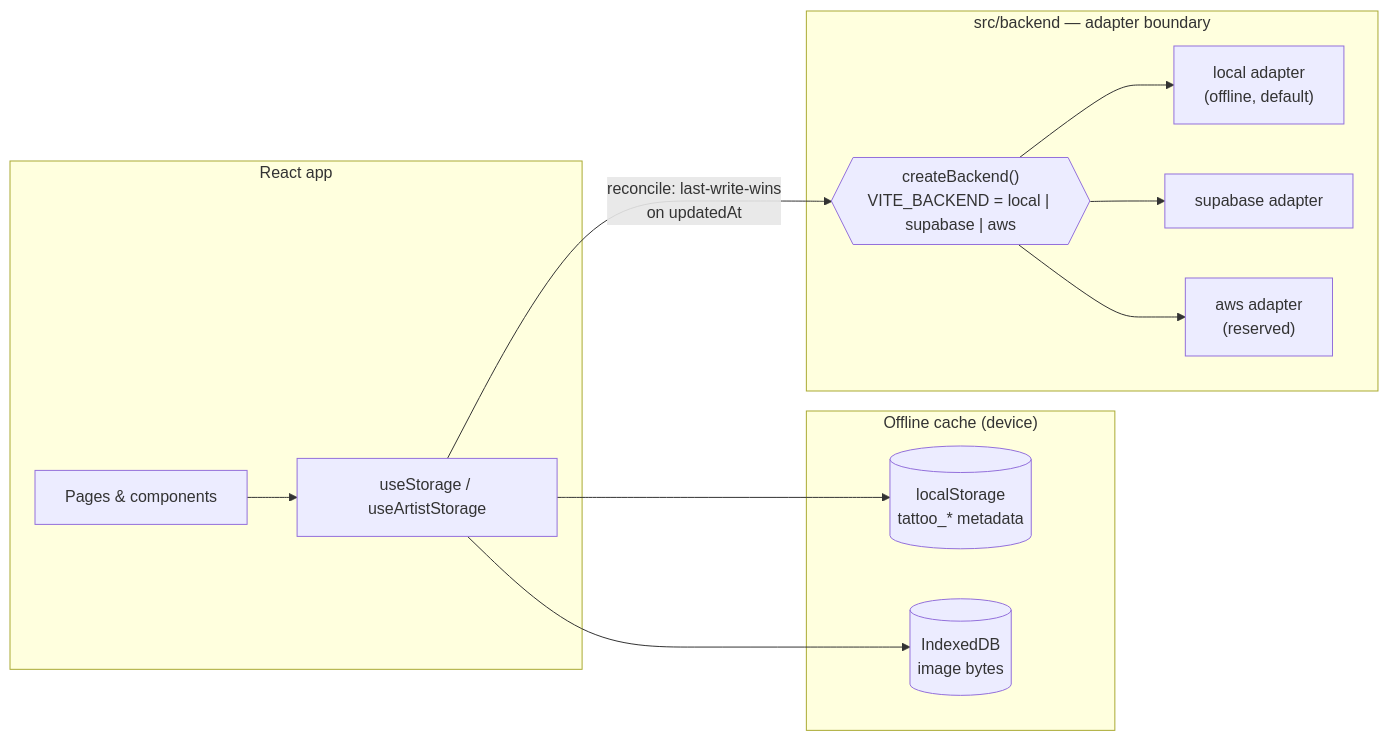
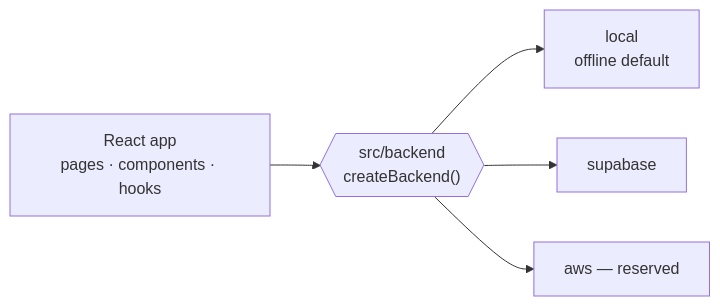
The diagram in README.md (Pritesh1980/sable), drawn with Mermaid before and after one commit. The commit also changed other lines of this file and 2 other files, not shown here.

First paragraph of the commit message:
docs: add docs/ARCHITECTURE.md and guard the README's own numbers
The README's architecture section was the only public account of how Sable works
and it was carrying detail no reviewer needs up front, while CLAUDE.md held the
depth in an agent-facing file nobody browsing the repo would open.

````diff
--- a/README.md
+++ b/README.md
@@ -57,24 +61,12 @@
 ```mermaid
 flowchart LR
-    subgraph app["React app"]
-        UI["Pages & components"]
-        HOOKS["useStorage / useArtistStorage"]
-    end
-    subgraph cache["Offline cache (device)"]
-        LS[("localStorage<br/>tattoo_* metadata")]
-        IDB[("IndexedDB<br/>image bytes")]
-    end
-    subgraph backend["src/backend — adapter boundary"]
-        SEAM{{"createBackend()<br/>VITE_BACKEND = local | supabase | aws"}}
-        LOCAL["local adapter<br/>(offline, default)"]
-        SUPA["supabase adapter"]
-        AWS["aws adapter<br/>(reserved)"]
-    end
-    UI --> HOOKS
-    HOOKS --> LS
-    HOOKS --> IDB
-    HOOKS -- "reconcile: last-write-wins<br/>on updatedAt" --> SEAM
+    APP["React app<br/>pages · components · hooks"]
+    SEAM{{"src/backend<br/>createBackend()"}}
+    LOCAL["local<br/>offline default"]
+    SUPA["supabase"]
+    AWS["aws — reserved"]
+    APP --> SEAM
     SEAM --> LOCAL
     SEAM --> SUPA
     SEAM --> AWS
 ```
````
